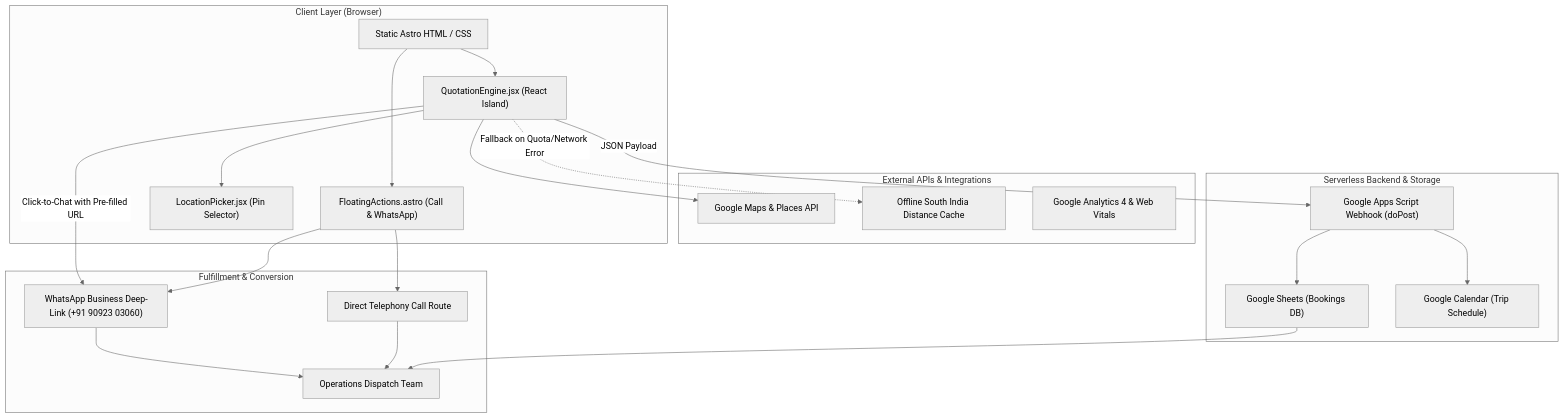
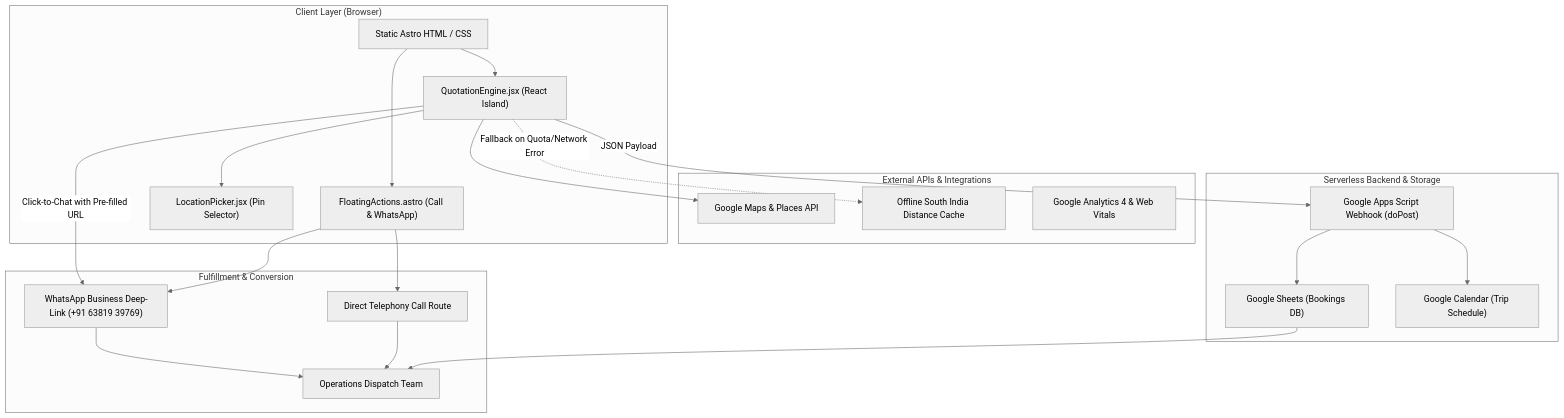
Before and after one commit to kalidasstravels2015-sys/kalidass-attempt-main: the diagram in docs/02_ARCHITECTURE.md, drawn with Mermaid (neutral theme). The commit also changed other lines of this file and 54 other files, not shown here.

````diff
--- a/docs/02_ARCHITECTURE.md
+++ b/docs/02_ARCHITECTURE.md
@@ -15,42 +17,42 @@
 ```mermaid
 graph TD
     subgraph Client ["Client Layer (Browser)"]
         HTML["Static Astro HTML / CSS"]
         QE["QuotationEngine.jsx (React Island)"]
         FA["FloatingActions.astro (Call & WhatsApp)"]
         LP["LocationPicker.jsx (Pin Selector)"]
     end
 
     subgraph ThirdPartyAPIs ["External APIs & Integrations"]
         GMAPS["Google Maps & Places API"]
         OFFLINE["Offline South India Distance Cache"]
         GA4["Google Analytics 4 & Web Vitals"]
     end
 
     subgraph ServerlessBackend ["Serverless Backend & Storage"]
         GAS["Google Apps Script Webhook (doPost)"]
         GSHEET["Google Sheets (Bookings DB)"]
         GCAL["Google Calendar (Trip Schedule)"]
     end
 
     subgraph ConversionOps ["Fulfillment & Conversion"]
-        WA["WhatsApp Business Deep-Link (+91 90923 03060)"]
+        WA["WhatsApp Business Deep-Link (+91 63819 39769)"]
         TEL["Direct Telephony Call Route"]
         DISPATCH["Operations Dispatch Team"]
     end
 
     HTML --> QE
     HTML --> FA
     QE --> LP
     QE --> GMAPS
     QE -.->|Fallback on Quota/Network Error| OFFLINE
     QE -->|JSON Payload| GAS
     QE -->|Click-to-Chat with Pre-filled URL| WA
     FA --> WA
     FA --> TEL
     GAS --> GSHEET
     GAS --> GCAL
     WA --> DISPATCH
     TEL --> DISPATCH
     GSHEET --> DISPATCH
 ```
````
